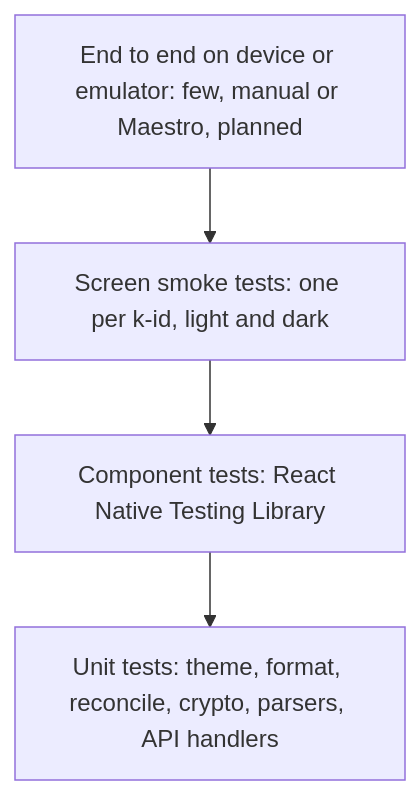
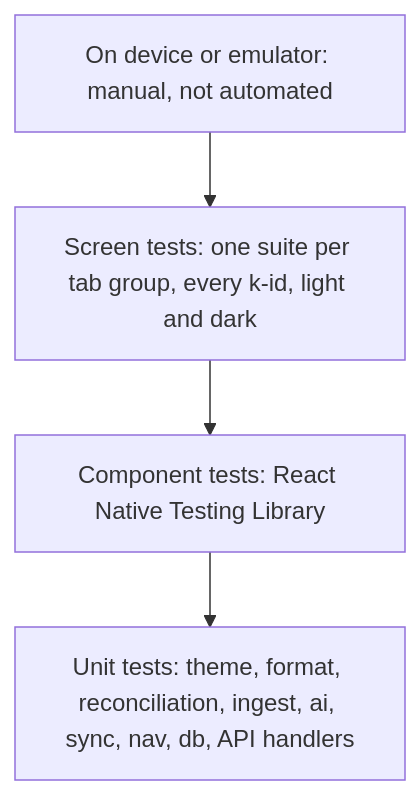
Before and after one commit to Aditya-Jyoti/bacchat: the diagram in docs/testing.md, drawn with Mermaid. The commit also changed other lines of this file and 52 other files, not shown here.

````diff
--- a/docs/testing.md
+++ b/docs/testing.md
@@ -9,8 +9,8 @@
 ```mermaid
 flowchart TD
-    E[End to end on device or emulator: few, manual or Maestro, planned]
-    S[Screen smoke tests: one per k-id, light and dark]
+    E[On device or emulator: manual, not automated]
+    S[Screen tests: one suite per tab group, every k-id, light and dark]
     C[Component tests: React Native Testing Library]
-    U[Unit tests: theme, format, reconcile, crypto, parsers, API handlers]
+    U[Unit tests: theme, format, reconciliation, ingest, ai, sync, nav, db, API handlers]
     E --> S --> C --> U
 ```
````
